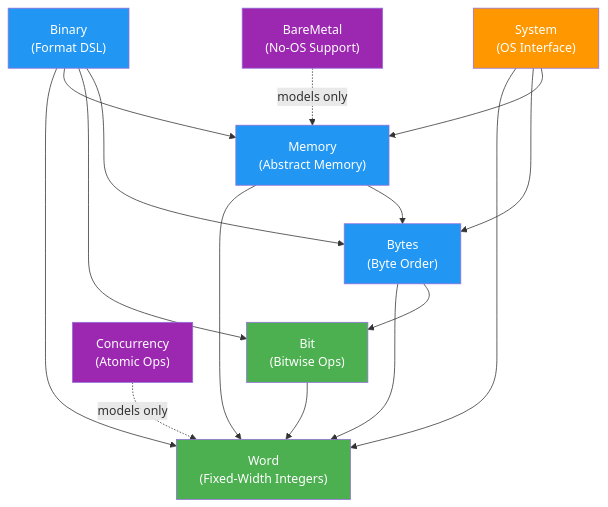
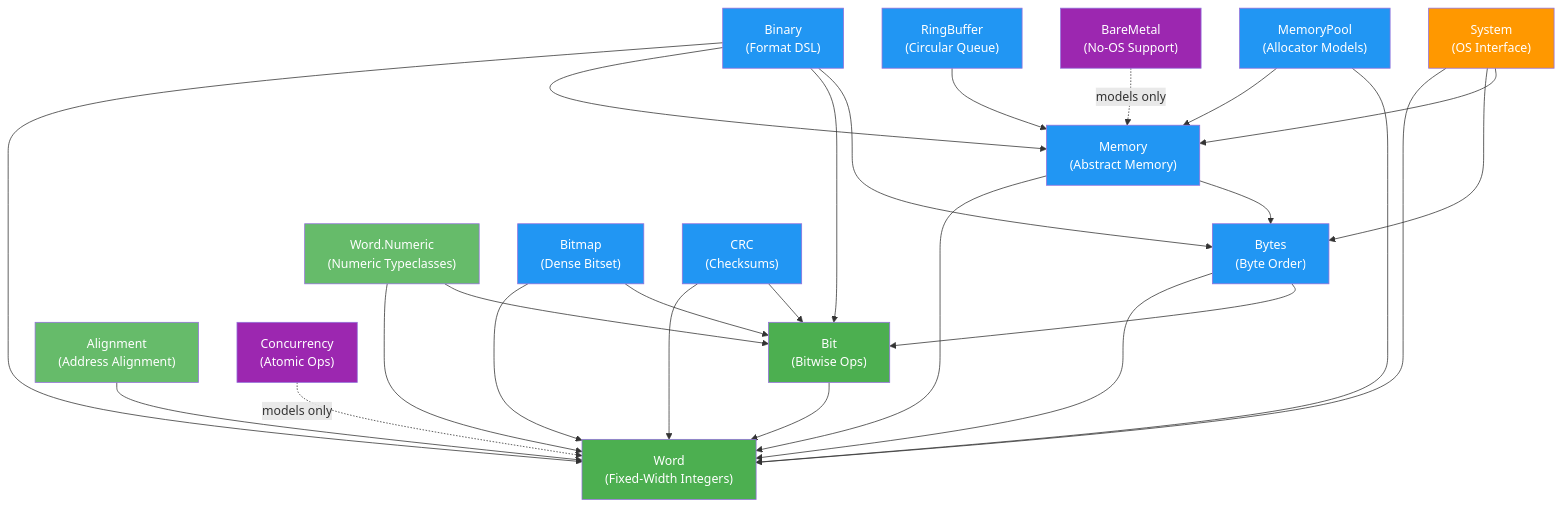
One commit to Provenance-Works/Radix changed the third of 3 diagrams in docs/en/architecture/README.md. Above: the diagram before and after it, drawn with Mermaid. The commit also changed other lines of this file and 22 other files, not shown here.

````diff
--- a/docs/en/architecture/README.md
+++ b/docs/en/architecture/README.md
@@ -73,25 +78,41 @@
 ```mermaid
 graph TD
     Bit["Bit<br/>(Bitwise Ops)"] --> Word["Word<br/>(Fixed-Width Integers)"]
     Bytes["Bytes<br/>(Byte Order)"] --> Word
     Bytes --> Bit
+    Numeric["Word.Numeric<br/>(Numeric Typeclasses)"] --> Word
+    Numeric --> Bit
     Memory["Memory<br/>(Abstract Memory)"] --> Word
     Memory --> Bytes
     Binary["Binary<br/>(Format DSL)"] --> Word
     Binary --> Memory
     Binary --> Bit
     Binary --> Bytes
+    Alignment["Alignment<br/>(Address Alignment)"] --> Word
+    RingBuffer["RingBuffer<br/>(Circular Queue)"] --> Memory
+    Bitmap["Bitmap<br/>(Dense Bitset)"] --> Word
+    Bitmap --> Bit
+    CRC["CRC<br/>(Checksums)"] --> Word
+    CRC --> Bit
+    MemoryPool["MemoryPool<br/>(Allocator Models)"] --> Memory
+    MemoryPool --> Word
     System["System<br/>(OS Interface)"] --> Word
     System --> Bytes
     System --> Memory
     Concurrency["Concurrency<br/>(Atomic Ops)"] -.->|"models only"| Word
     BareMetal["BareMetal<br/>(No-OS Support)"] -.->|"models only"| Memory
     style Word fill:#4CAF50,color:white
     style Bit fill:#4CAF50,color:white
     style Bytes fill:#2196F3,color:white
     style Memory fill:#2196F3,color:white
     style Binary fill:#2196F3,color:white
+    style Numeric fill:#66BB6A,color:white
+    style Alignment fill:#66BB6A,color:white
+    style RingBuffer fill:#2196F3,color:white
+    style Bitmap fill:#2196F3,color:white
+    style CRC fill:#2196F3,color:white
+    style MemoryPool fill:#2196F3,color:white
     style System fill:#FF9800,color:white
     style Concurrency fill:#9C27B0,color:white
     style BareMetal fill:#9C27B0,color:white
 ```
````
